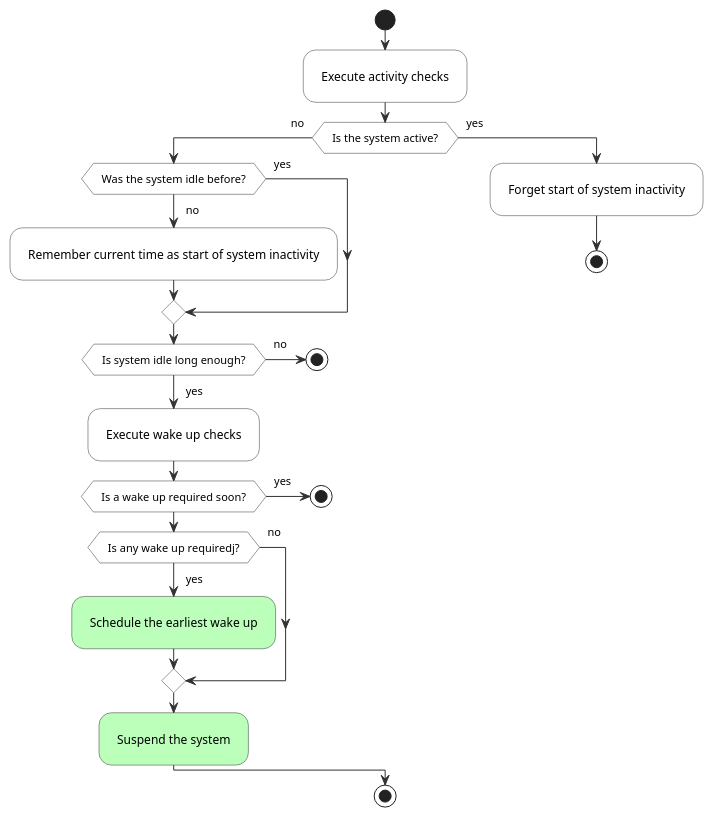
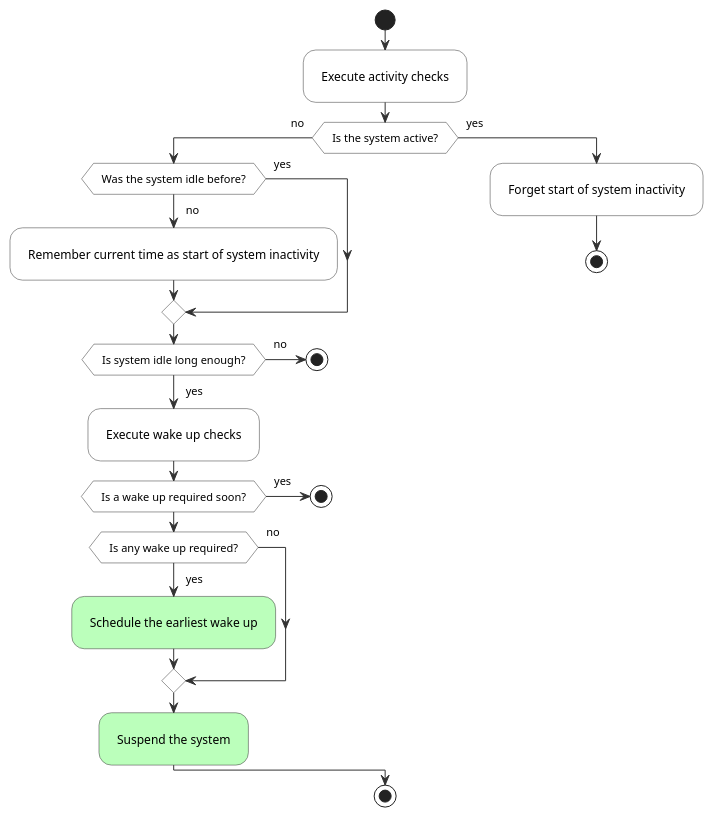
Before and after one commit to languitar/autosuspend: the diagram in doc/source/index.rst, drawn with PlantUML.

Commit message:
Fix typo in UML diagram

```diff
--- a/doc/source/index.rst
+++ b/doc/source/index.rst
@@ -8,53 +8,53 @@
 .. uml::
 
    @startuml
 
    skinparam shadowing false
    skinparam backgroundcolor transparent
 
    skinparam Padding 8
 
    skinparam ActivityBackgroundColor #FFFFFF
    skinparam ActivityDiamondBackgroundColor #FFFFFF
    skinparam ActivityBorderColor #333333
    skinparam ActivityDiamondBorderColor #333333
    skinparam ArrowColor #333333
 
    start
 
    :Execute activity checks;
 
    if (Is the system active?) then (no)
 
      if (Was the system idle before?) then (no)
        :Remember current time as start of system inactivity;
      else (yes)
      endif
 
      if (Is system idle long enough?) then (yes)
 
        :Execute wake up checks;
 
        if (Is a wake up required soon?) then (yes)
          stop
        else
-         if (Is any wake up requiredj?) then (yes)
+         if (Is any wake up required?) then (yes)
            #BBFFBB:Schedule the earliest wake up;
          else (no)
          endif
        endif
 
        #BBFFBB:Suspend the system;
 
      else (no)
        stop
      endif
 
    else (yes)
      :Forget start of system inactivity;
      stop
    endif
 
    stop
 
    @enduml
```
